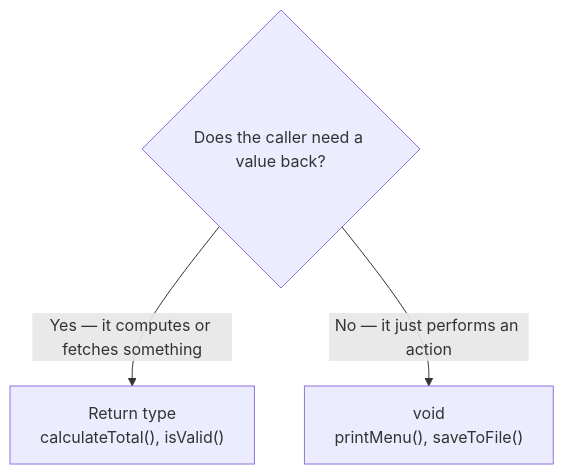
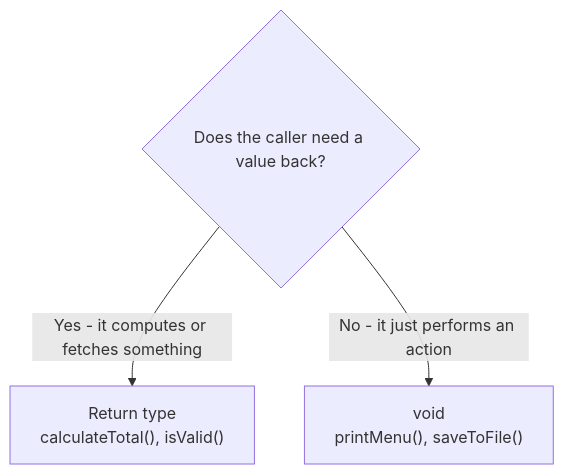
One commit to danielcregg/object-oriented-computing changed the third of 4 diagrams in labs/src/ie/atu/methods/README.md. Above: the diagram before and after it, drawn with Mermaid. The commit also changed other lines of this file and 33 other files, not shown here.

````diff
--- a/labs/src/ie/atu/methods/README.md
+++ b/labs/src/ie/atu/methods/README.md
@@ -243,6 +243,6 @@
 ```mermaid
 flowchart TD
     Q{"Does the caller need a value back?"}
-    Q -->|"Yes — it computes or fetches something"| R["Return type<br>calculateTotal(), isValid()"]
-    Q -->|"No — it just performs an action"| V["void<br>printMenu(), saveToFile()"]
+    Q -->|"Yes - it computes or fetches something"| R["Return type<br>calculateTotal(), isValid()"]
+    Q -->|"No - it just performs an action"| V["void<br>printMenu(), saveToFile()"]
 ```
````
